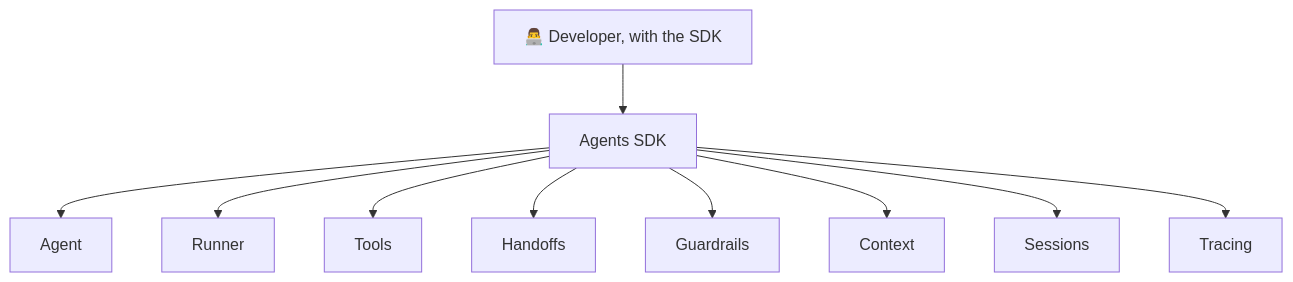
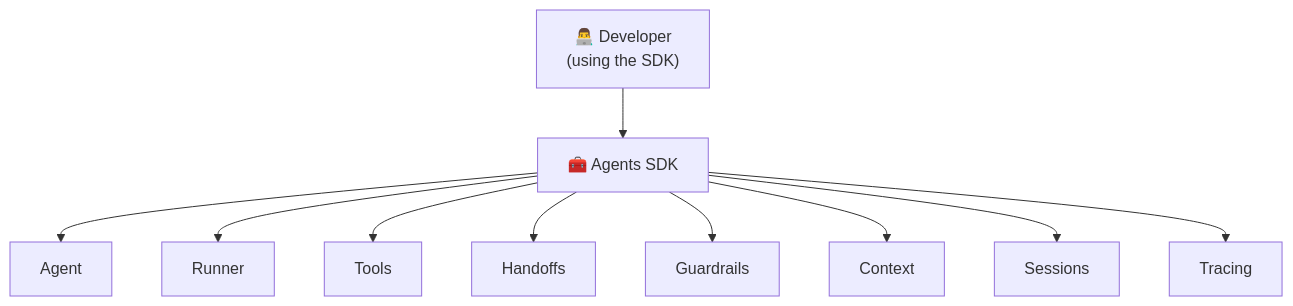
Before and after one commit to maliksiddiq/learning-agentic-ai: the seventh of 31 diagrams in Agentic Ai Learning/08 Open-ai-agent-sdk/00 Introduction/Readme.md, drawn with Mermaid. The commit also changed other lines of this file, not shown here.

Commit message:
Introduction OF open-ai-agent-sdk

````diff
--- a/Agentic Ai Learning/08 Open-ai-agent-sdk/00 Introduction/Readme.md
+++ b/Agentic Ai Learning/08 Open-ai-agent-sdk/00 Introduction/Readme.md
@@ -158,12 +189,12 @@
 ```mermaid
 flowchart TD
-    Dev[👨‍💻 Developer, with the SDK] --> SDK[Agents SDK]
+    Dev["👨‍💻 Developer<br/>(using the SDK)"] --> SDK["🧰 Agents SDK"]
     SDK --> Agent
     SDK --> Runner
     SDK --> ToolsN[Tools]
     SDK --> Handoffs
     SDK --> Guardrails
     SDK --> Context
     SDK --> Sessions
     SDK --> Tracing
 ```
````
